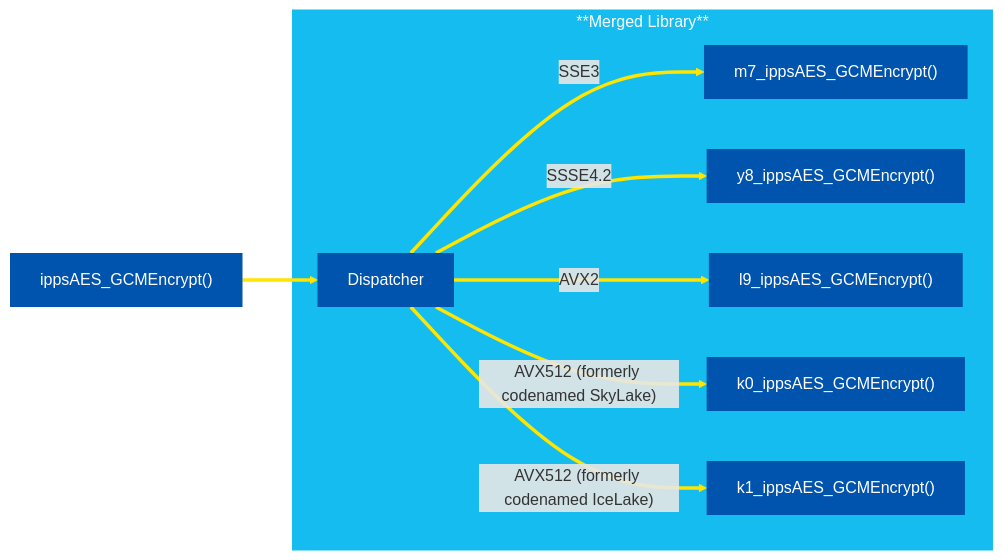
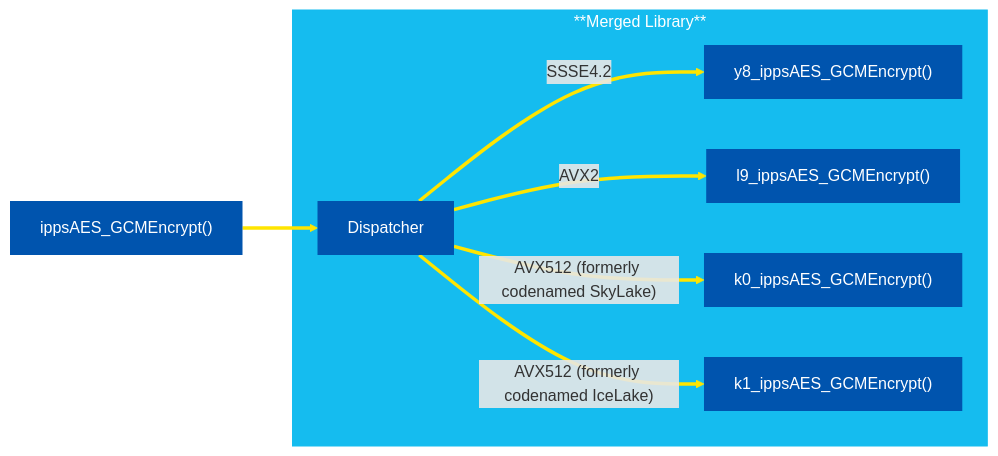
One commit to intel/cryptography-primitives changed the first of 3 diagrams in OVERVIEW.md. Above: the diagram before and after it, drawn with Mermaid. The commit also changed other lines of this file and 24 other files, not shown here.

````diff
--- a/OVERVIEW.md
+++ b/OVERVIEW.md
@@ -87,30 +87,28 @@
 ```mermaid
 flowchart LR
     classDef class1 fill:#0054AE, stroke:none, color:#FFFFFF
 
     function["ippsAES_GCMEncrypt()"]:::class1
 
     %% Subgraph for Merged Library
     subgraph ML[**Merged Library**]
         dispatcher["Dispatcher"]:::class1
 
-        m7["m7_ippsAES_GCMEncrypt()"]:::class1
         y8["y8_ippsAES_GCMEncrypt()"]:::class1
         l9["l9_ippsAES_GCMEncrypt()"]:::class1
         k0["k0_ippsAES_GCMEncrypt()"]:::class1
         k1["k1_ippsAES_GCMEncrypt()"]:::class1
 
         %% Connections
-        dispatcher == SSE3==> m7
         dispatcher == SSSE4.2 ==> y8
         dispatcher == AVX2 ==> l9
         dispatcher == AVX512 (formerly codenamed SkyLake) ==> k0
         dispatcher == AVX512 (formerly codenamed IceLake) ==> k1
     end
 
     style ML fill:#15BCEF, stroke:#15BCEF, color:#FFFFFF
 
     function ==> dispatcher
 
-    linkStyle 0,1,2,3,4,5 stroke:#FFE500
+    linkStyle 0,1,2,3,4 stroke:#FFE500
 ```
````
